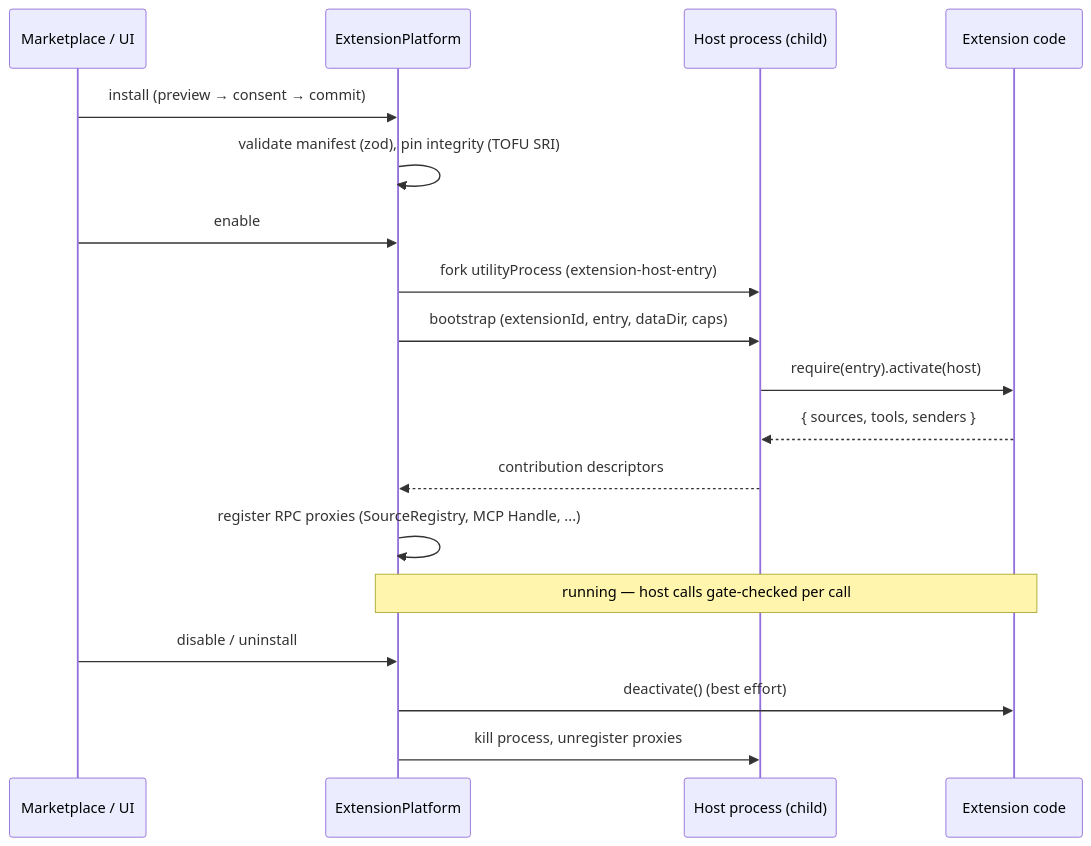
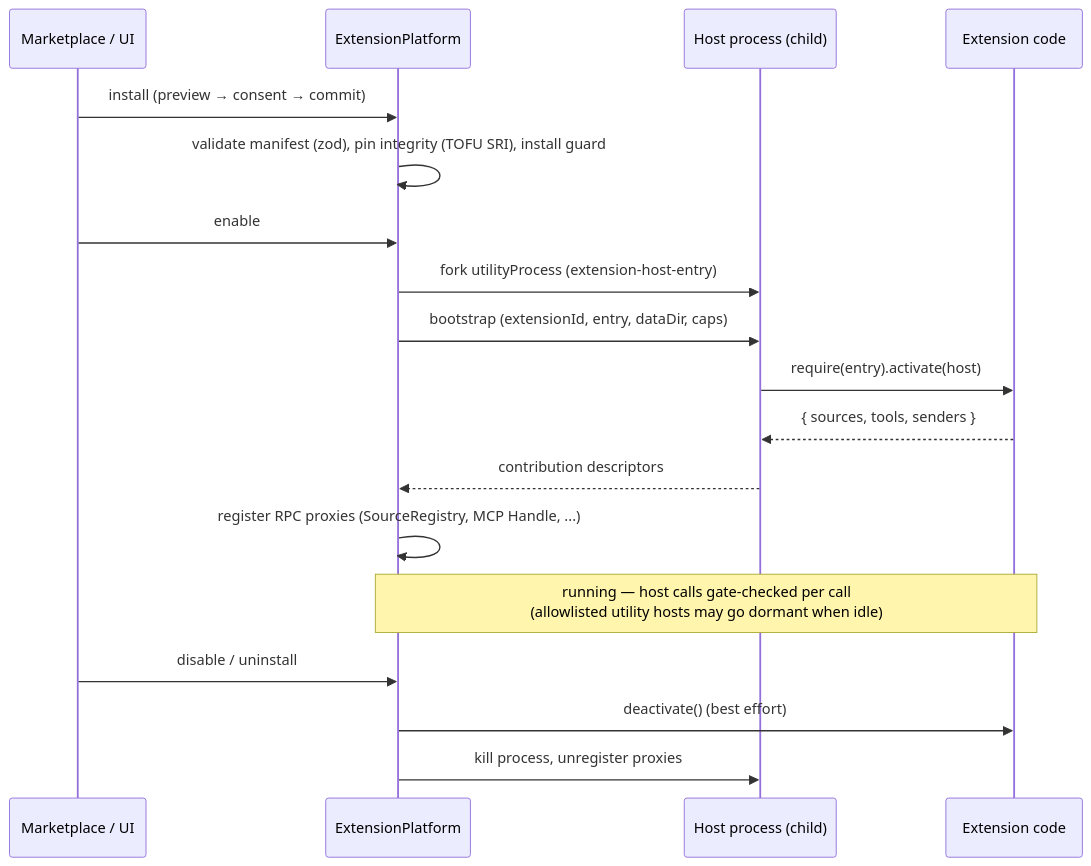
One commit to edjafarov/kiagent-core changed the second of 2 diagrams in docs/architecture/extension-platform.md. Above: the diagram before and after it, drawn with Mermaid. The commit also changed other lines of this file and 8 other files, not shown here.

Commit message:
docs: architecture and extension guides match v0.138 — runtime and composition, DB writer/read workers and schema v25, converter child and container expansion, admission and lent work, multi-device, Outbox and the MCP review gate, 17 MCP tools, platform API 2.21 / SDK 1.14

````diff
--- a/docs/architecture/extension-platform.md
+++ b/docs/architecture/extension-platform.md
@@ -112,21 +137,21 @@
 ```mermaid
 sequenceDiagram
     participant M as Marketplace / UI
     participant P as ExtensionPlatform
     participant H as Host process (child)
     participant E as Extension code
 
     M->>P: install (preview → consent → commit)
-    P->>P: validate manifest (zod), pin integrity (TOFU SRI)
+    P->>P: validate manifest (zod), pin integrity (TOFU SRI), install guard
     M->>P: enable
     P->>H: fork utilityProcess (extension-host-entry)
     P->>H: bootstrap (extensionId, entry, dataDir, caps)
     H->>E: require(entry).activate(host)
     E-->>H: { sources, tools, senders }
     H-->>P: contribution descriptors
     P->>P: register RPC proxies (SourceRegistry, MCP Handle, ...)
-    Note over P,E: running — host calls gate-checked per call
+    Note over P,E: running — host calls gate-checked per call<br/>(allowlisted utility hosts may go dormant when idle)
     M->>P: disable / uninstall
     P->>E: deactivate() (best effort)
     P->>H: kill process, unregister proxies
 ```
````
